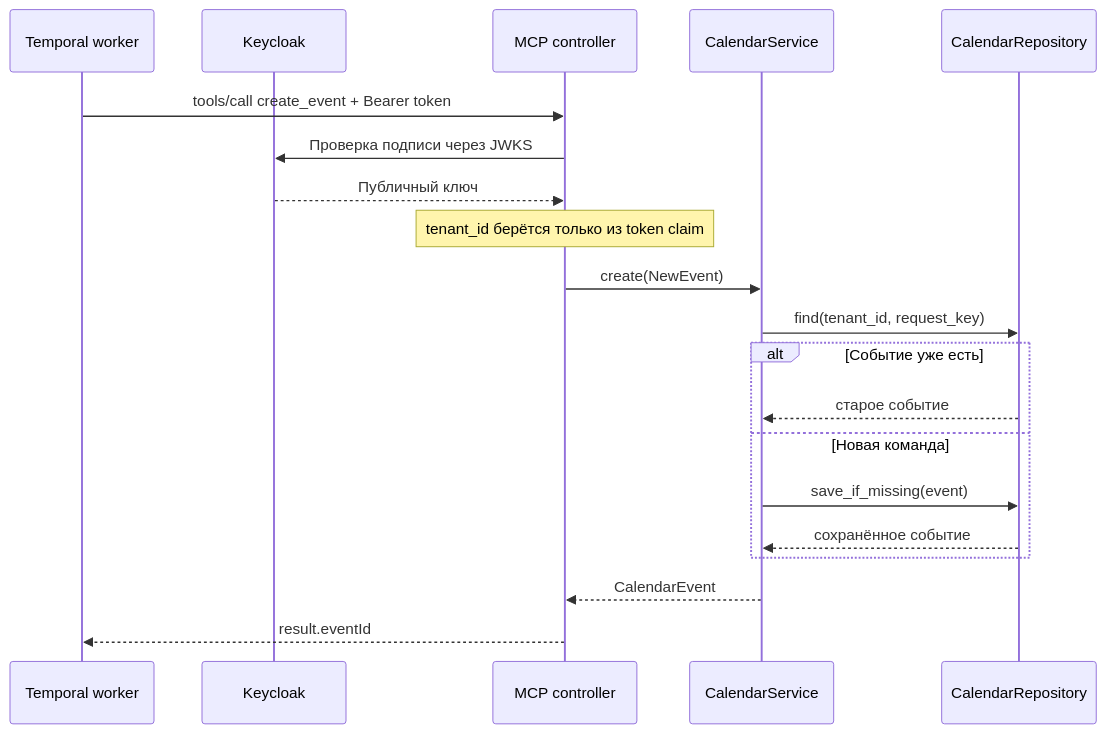
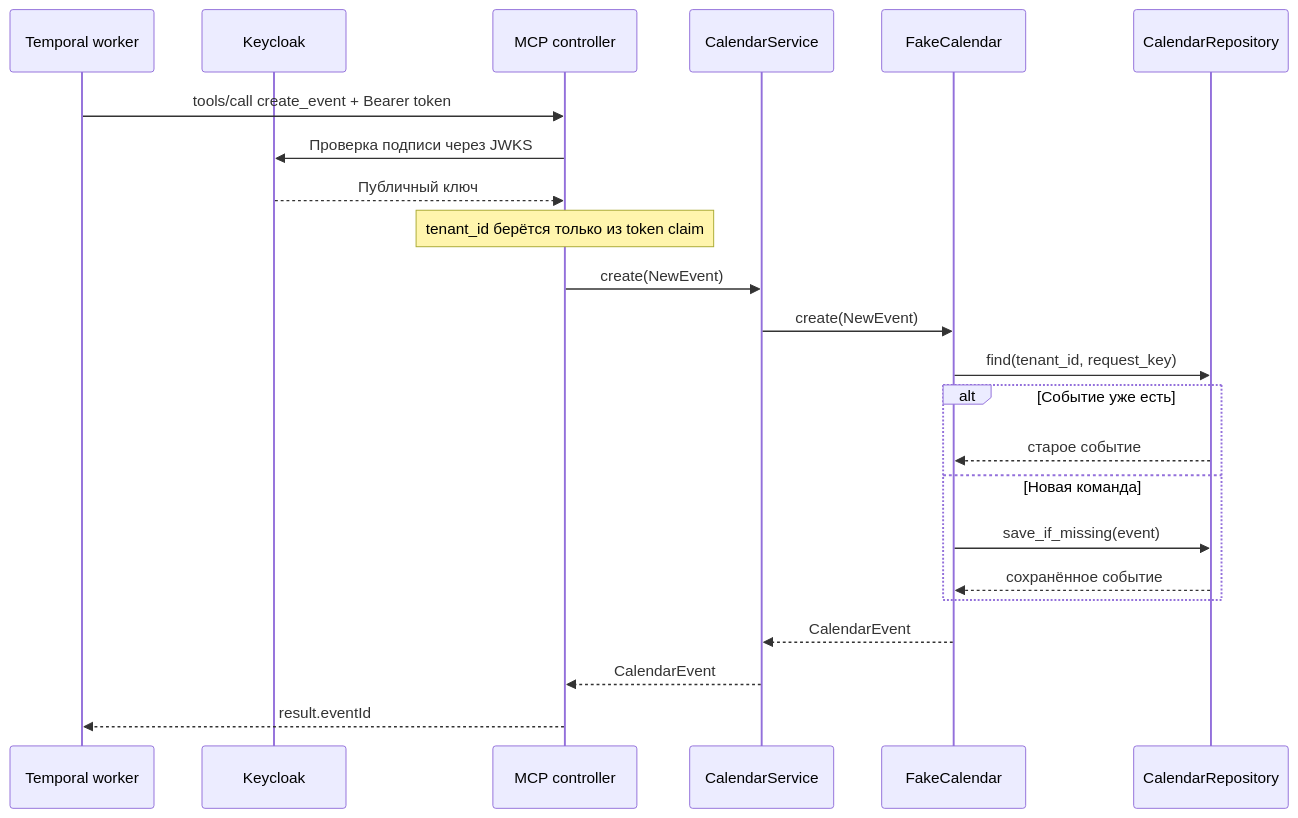
One commit to portable-agent/calendar-mcp changed the diagram in docs/architecture.md. Above: the diagram before and after it, drawn with Mermaid. The commit also changed other lines of this file and 13 other files, not shown here.

Commit message:
refactor: extract calendar provider (#12)

````diff
--- a/docs/architecture.md
+++ b/docs/architecture.md
@@ -5,23 +5,26 @@
 ```mermaid
 sequenceDiagram
     participant Worker as Temporal worker
     participant OIDC as Keycloak
     participant MCP as MCP controller
     participant Service as CalendarService
+    participant Provider as FakeCalendar
     participant Repo as CalendarRepository
 
     Worker->>MCP: tools/call create_event + Bearer token
     MCP->>OIDC: Проверка подписи через JWKS
     OIDC-->>MCP: Публичный ключ
     Note over MCP: tenant_id берётся только из token claim
     MCP->>Service: create(NewEvent)
-    Service->>Repo: find(tenant_id, request_key)
+    Service->>Provider: create(NewEvent)
+    Provider->>Repo: find(tenant_id, request_key)
     alt Событие уже есть
-        Repo-->>Service: старое событие
+        Repo-->>Provider: старое событие
     else Новая команда
-        Service->>Repo: save_if_missing(event)
-        Repo-->>Service: сохранённое событие
+        Provider->>Repo: save_if_missing(event)
+        Repo-->>Provider: сохранённое событие
     end
+    Provider-->>Service: CalendarEvent
     Service-->>MCP: CalendarEvent
     MCP-->>Worker: result.eventId
 ```
````
